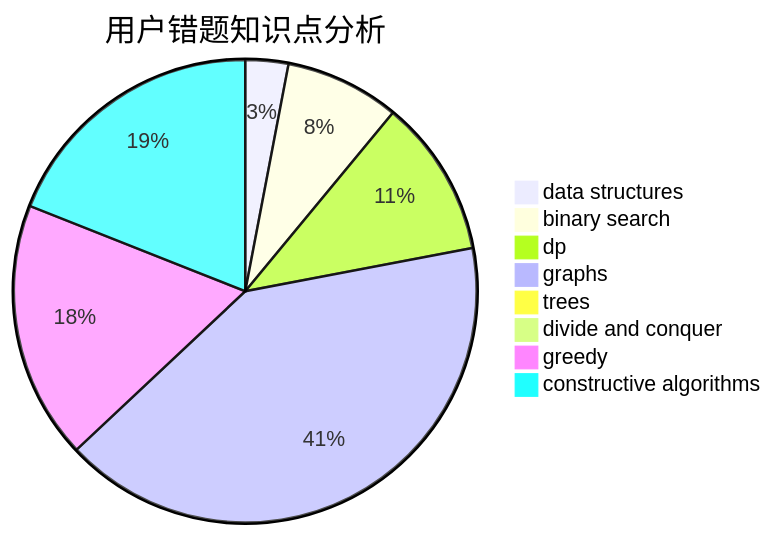
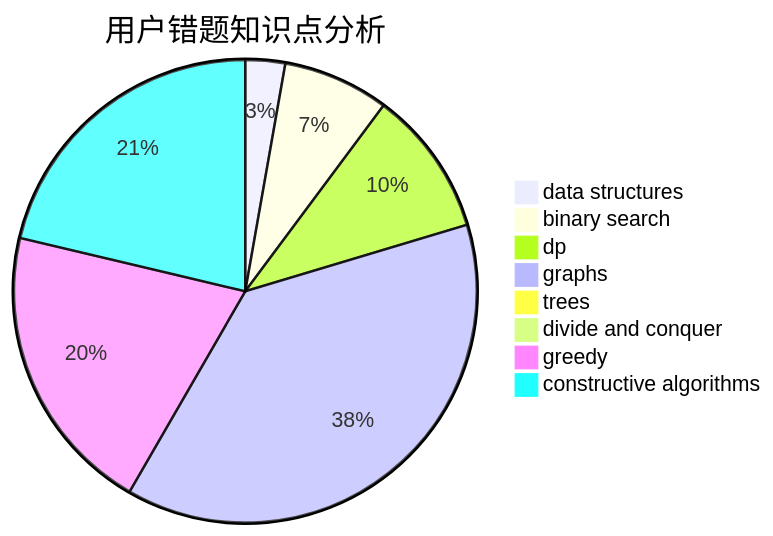
One commit to sherpahu/cfrs.github.io changed the third of 3 diagrams in docs/user/u1066.md. Above: the diagram before and after it, drawn with Mermaid. The commit also changed other lines of this file and 2770 other files, not shown here.

````diff
--- a/docs/user/u1066.md
+++ b/docs/user/u1066.md
@@ -36,11 +36,11 @@
 ```mermaid
 pie title 用户错题知识点分析
     "data structures" :  3
     "binary search" :  8
     "dp" :  11
     "graphs" :  41
     "trees" :  0
     "divide and conquer" :  0
-    "greedy" :  18
-    "constructive algorithms" :  19
+    "greedy" :  22
+    "constructive algorithms" :  23
 ```
````
